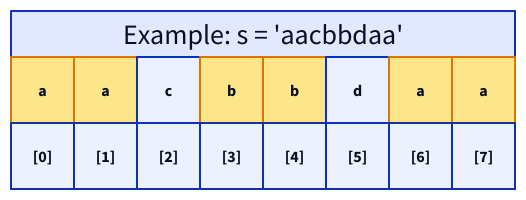
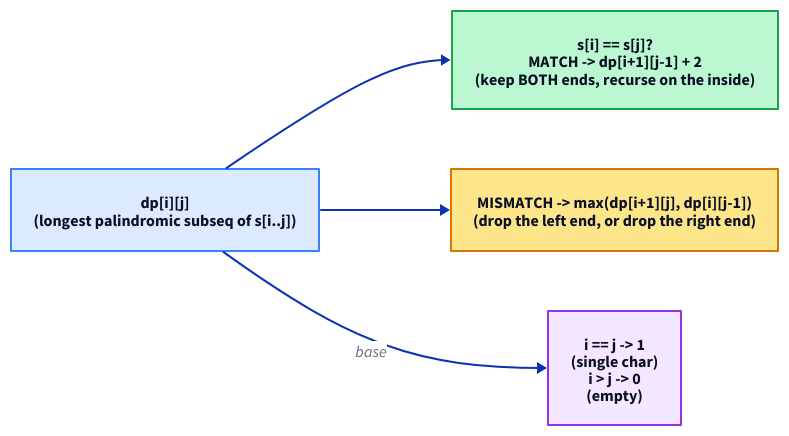
One commit to ani2fun/codefolio changed the diagram in content/cortex/data-structures-and-algorithms/05-algorithms-by-strategy/05-dynamic-programming/06-longest-palindromic-subsequence.md. Above: the diagram before and after it, drawn with D2. The commit also changed other lines of this file and 1049 other files, not shown here.

````diff
--- a/content/cortex/data-structures-and-algorithms/05-algorithms-by-strategy/05-dynamic-programming/06-longest-palindromic-subsequence.md
+++ b/content/cortex/data-structures-and-algorithms/05-algorithms-by-strategy/05-dynamic-programming/06-longest-palindromic-subsequence.md
@@ -25,24 +70,10 @@
 ```d2
 direction: right
-ex: "Example: s = 'aacbbdaa'" {
-  grid-rows: 2
-  grid-columns: 8
-  grid-gap: 0
-  c0: "a" {style.fill: "#fde68a"; style.stroke: "#d97706"}
-  c1: "a" {style.fill: "#fde68a"; style.stroke: "#d97706"}
-  c2: "c"
-  c3: "b" {style.fill: "#fde68a"; style.stroke: "#d97706"}
-  c4: "b" {style.fill: "#fde68a"; style.stroke: "#d97706"}
-  c5: "d"
-  c6: "a" {style.fill: "#fde68a"; style.stroke: "#d97706"}
-  c7: "a" {style.fill: "#fde68a"; style.stroke: "#d97706"}
-  i0: "[0]"
-  i1: "[1]"
-  i2: "[2]"
-  i3: "[3]"
-  i4: "[4]"
-  i5: "[5]"
-  i6: "[6]"
-  i7: "[7]"
-}
+cell: "dp[i][j]\n(longest palindromic subseq of s[i..j])" {style.fill: "#dbeafe"; style.stroke: "#3b82f6"}
+match: "s[i] == s[j]?\nMATCH -> dp[i+1][j-1] + 2\n(keep BOTH ends, recurse on the inside)" {style.fill: "#bbf7d0"; style.stroke: "#16a34a"}
+mismatch: "MISMATCH -> max(dp[i+1][j], dp[i][j-1])\n(drop the left end, or drop the right end)" {style.fill: "#fde68a"; style.stroke: "#d97706"}
+base: "i == j -> 1\n(single char)\ni > j -> 0\n(empty)" {style.fill: "#f3e8ff"; style.stroke: "#9333ea"}
+cell -> match
+cell -> mismatch
+cell -> base: "base"
 ```
````
